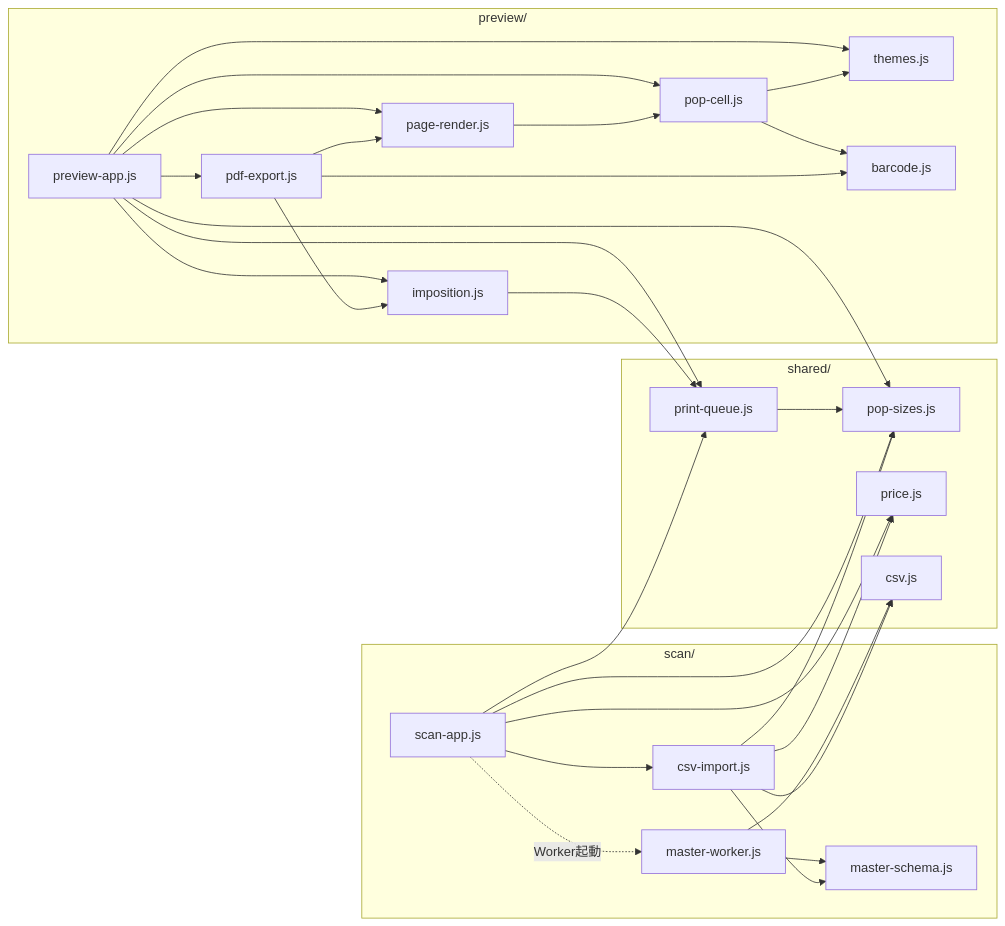
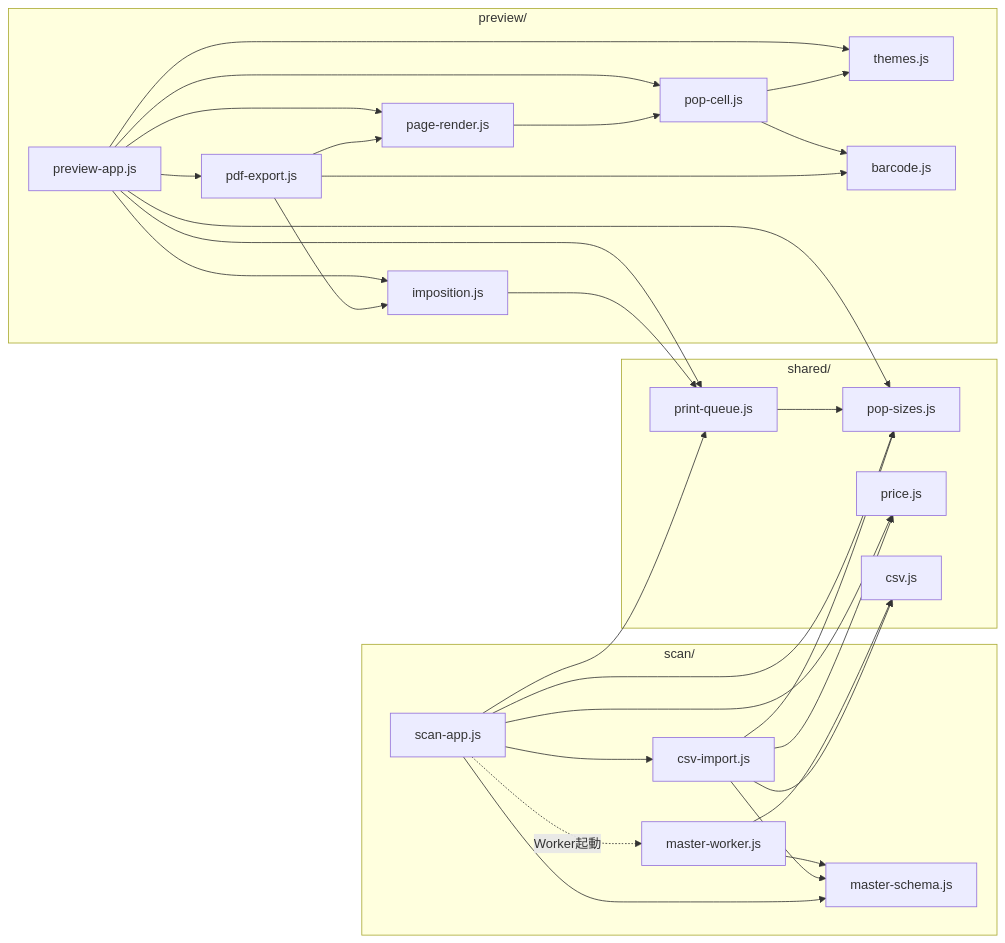
One commit to tana31/pop-system-document changed the second of 2 diagrams in README.md. Above: the diagram before and after it, drawn with Mermaid. The commit also changed other lines of this file and 3 other files, not shown here.

````diff
--- a/README.md
+++ b/README.md
@@ -117,44 +117,45 @@
 ```mermaid
 flowchart LR
   subgraph shared[shared/]
     PS[pop-sizes.js]
     PR[price.js]
     PQ[print-queue.js]
     CS[csv.js]
   end
   subgraph scan[scan/]
     SA[scan-app.js] -. Worker起動 .-> MW[master-worker.js] --> MS[master-schema.js]
     SA --> CI[csv-import.js] --> MS
+    SA --> MS
   end
   subgraph preview[preview/]
     PA[preview-app.js]
     TH[themes.js]
     IM[imposition.js]
     RE[page-render.js]
     CE[pop-cell.js]
     BC[barcode.js]
     PE[pdf-export.js]
     PA --> TH
     PA --> IM
     PA --> RE
     PA --> CE
     PA --> PE
     RE --> CE
     CE --> TH
     CE --> BC
     PE --> IM
     PE --> RE
     PE --> BC
   end
   SA --> PS
   SA --> PR
   SA --> PQ
   MW --> CS
   CI --> CS
   CI --> PS
   CI --> PR
   PQ --> PS
   PA --> PS
   PA --> PQ
   IM --> PQ
 ```
````
